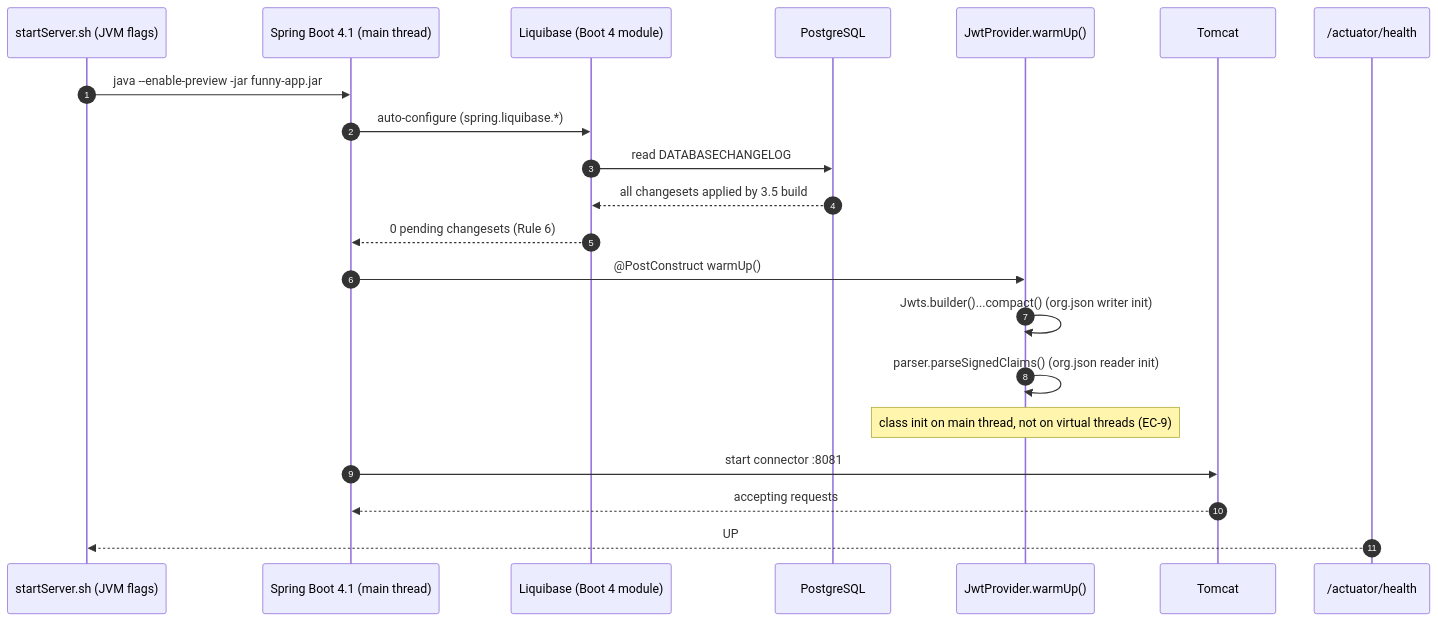
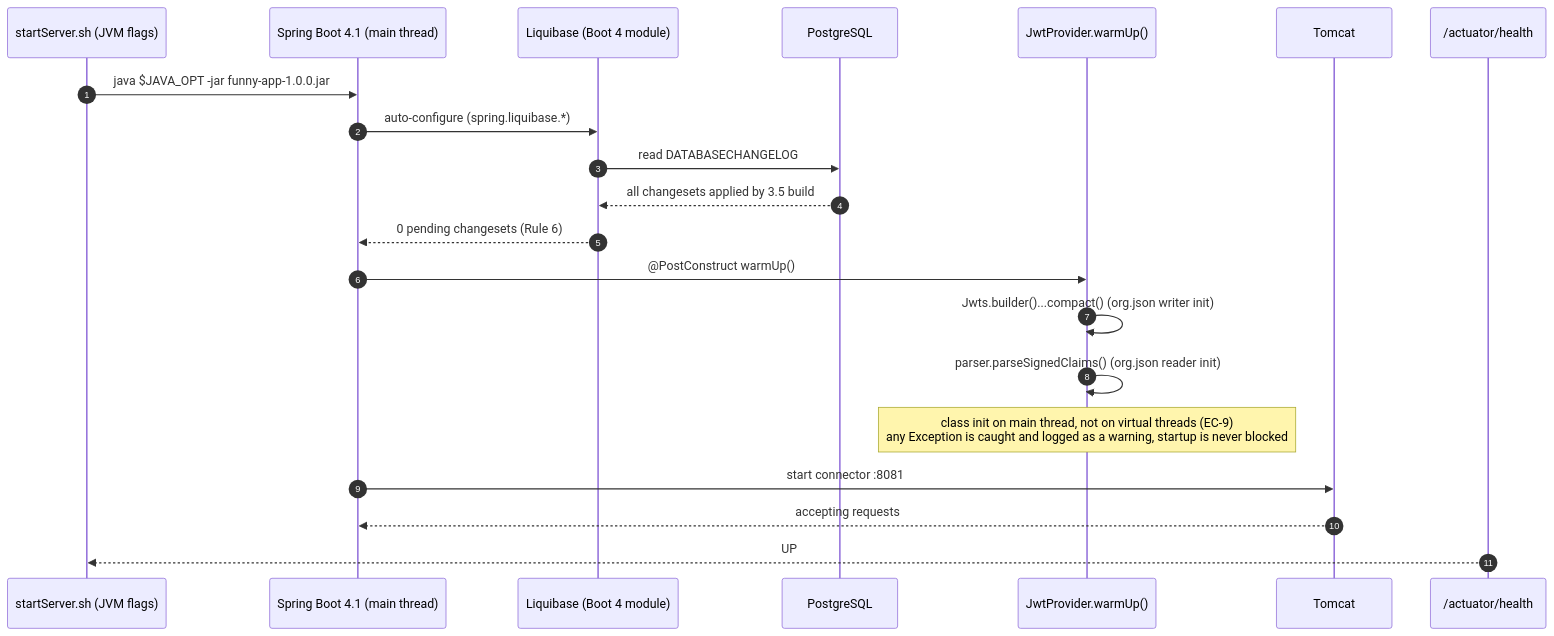
The first of 6 diagrams in docs/sequence/sequence-spring-boot-4-upgrade.md (nguyenhuuca/assessment), drawn with Mermaid before and after one commit. The commit also changed other lines of this file and 16 other files, not shown here.

First line of the commit message:
docs(sequence): bring all sequence diagrams in line with the current code

````diff
--- a/docs/sequence/sequence-spring-boot-4-upgrade.md
+++ b/docs/sequence/sequence-spring-boot-4-upgrade.md
@@ -14,24 +14,24 @@
 ```mermaid
 sequenceDiagram
     autonumber
     participant SH as startServer.sh (JVM flags)
     participant BOOT as Spring Boot 4.1 (main thread)
     participant LQ as Liquibase (Boot 4 module)
     participant DB as PostgreSQL
     participant JWT as JwtProvider.warmUp()
     participant TC as Tomcat
     participant ACT as /actuator/health
 
-    SH->>BOOT: java --enable-preview -jar funny-app.jar
+    SH->>BOOT: java $JAVA_OPT -jar funny-app-1.0.0.jar
     BOOT->>LQ: auto-configure (spring.liquibase.*)
     LQ->>DB: read DATABASECHANGELOG
     DB-->>LQ: all changesets applied by 3.5 build
     LQ-->>BOOT: 0 pending changesets (Rule 6)
     BOOT->>JWT: @PostConstruct warmUp()
     JWT->>JWT: Jwts.builder()...compact() (org.json writer init)
     JWT->>JWT: parser.parseSignedClaims() (org.json reader init)
-    Note over JWT: class init on main thread, not on virtual threads (EC-9)
+    Note over JWT: class init on main thread, not on virtual threads (EC-9)<br/>any Exception is caught and logged as a warning, startup is never blocked
     BOOT->>TC: start connector :8081
     TC-->>BOOT: accepting requests
     ACT-->>SH: UP
 ```
````
